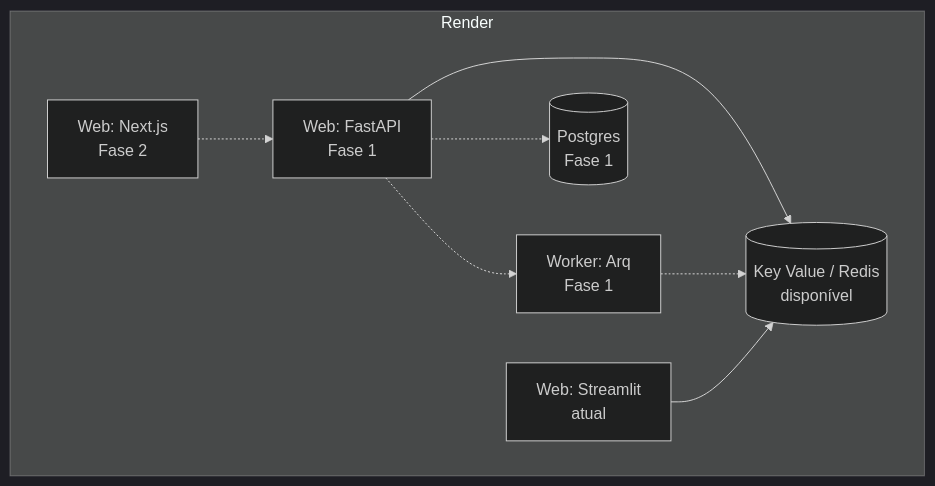
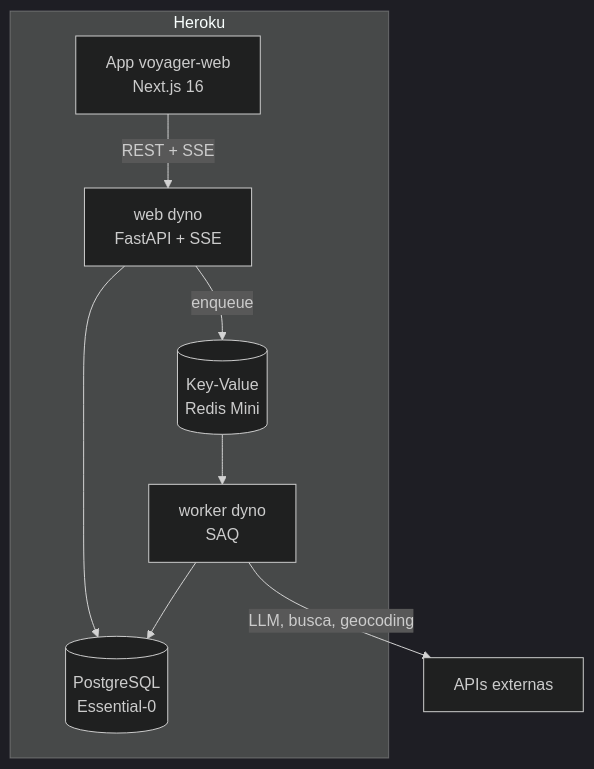
One commit to henriquebotelhogomes/agencia_viagens_ia changed the diagram in docs/guides/deploy.md. Above: the diagram before and after it, drawn with Mermaid (dark theme). The commit also changed other lines of this file and 2 other files, not shown here.

First line of the commit message:
docs: guia de deploy reflete o Heroku; runbook ganha troubleshooting do worker

````diff
--- a/docs/guides/deploy.md
+++ b/docs/guides/deploy.md
@@ -48,17 +78,16 @@
 ```mermaid
 graph TB
-    subgraph Render
-        FE[Web: Next.js<br/>Fase 2]
-        API[Web: FastAPI<br/>Fase 1]
-        WK[Worker: Arq<br/>Fase 1]
-        PG[(Postgres<br/>Fase 1)]
-        RD[(Key Value / Redis<br/>disponível)]
-        ST[Web: Streamlit<br/>atual]
+    subgraph Heroku
+        FE[App voyager-web<br/>Next.js 16]
+        API[web dyno<br/>FastAPI + SSE]
+        WK[worker dyno<br/>SAQ]
+        PG[(PostgreSQL<br/>Essential-0)]
+        RD[(Key-Value<br/>Redis Mini)]
     end
-    FE -.-> API
-    API -.-> WK
-    API -.-> PG
-    API --> RD
-    WK -.-> RD
-    ST --> RD
+    FE -->|REST + SSE| API
+    API -->|enqueue| RD
+    RD --> WK
+    WK --> PG
+    WK -->|LLM, busca, geocoding| EXT[APIs externas]
+    API --> PG
 ```
````
